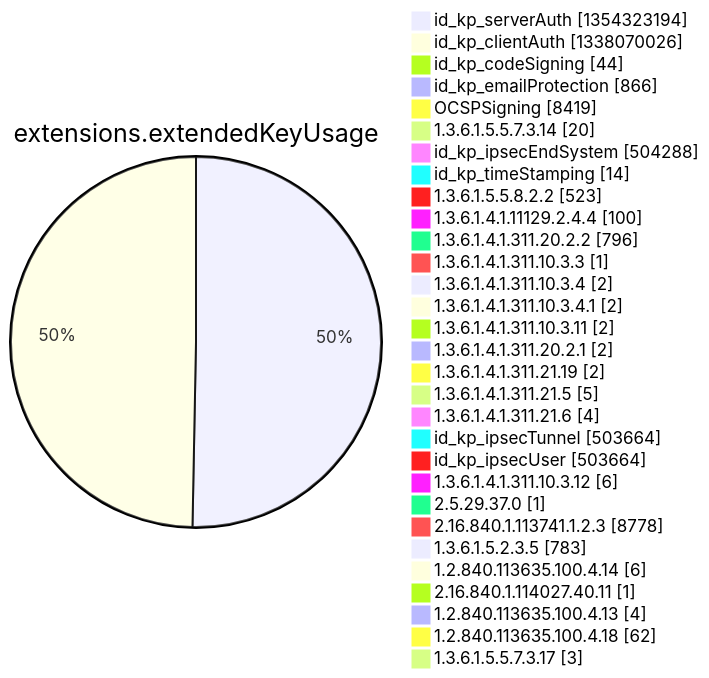
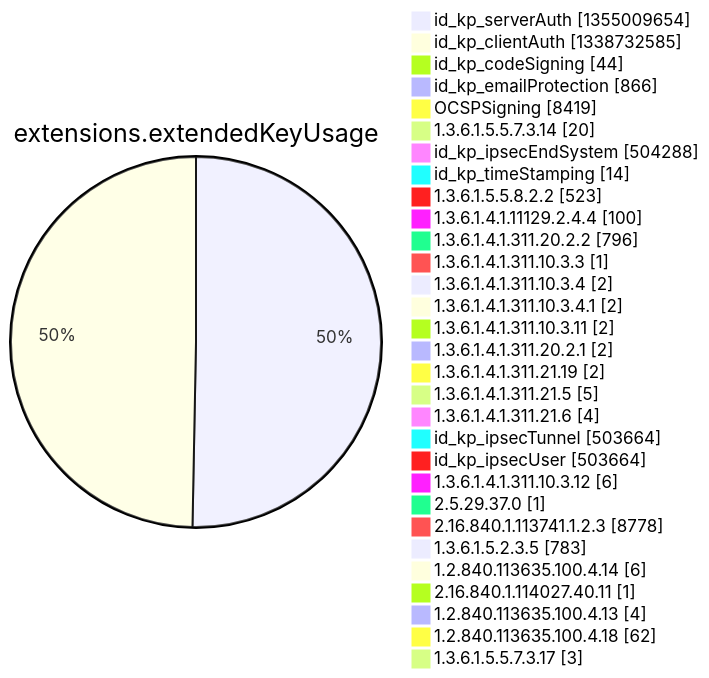
Before and after one commit to christiankrug/ctmonitor_visualization: diagram 12 of 15 in argon2022/README.md, drawn with Mermaid. The commit also changed other lines of this file, not shown here.

````diff
--- a/argon2022/README.md
+++ b/argon2022/README.md
@@ -3553,34 +3553,34 @@
 ```mermaid
 pie showData
 title extensions.extendedKeyUsage
-"id_kp_serverAuth" :1354323194
-"id_kp_clientAuth" :1338070026
+"id_kp_serverAuth" :1355009654
+"id_kp_clientAuth" :1338732585
 "id_kp_codeSigning" :44
 "id_kp_emailProtection" :866
 "OCSPSigning" :8419
 "1.3.6.1.5.5.7.3.14" :20
 "id_kp_ipsecEndSystem" :504288
 "id_kp_timeStamping" :14
 "1.3.6.1.5.5.8.2.2" :523
 "1.3.6.1.4.1.11129.2.4.4" :100
 "1.3.6.1.4.1.311.20.2.2" :796
 "1.3.6.1.4.1.311.10.3.3" :1
 "1.3.6.1.4.1.311.10.3.4" :2
 "1.3.6.1.4.1.311.10.3.4.1" :2
 "1.3.6.1.4.1.311.10.3.11" :2
 "1.3.6.1.4.1.311.20.2.1" :2
 "1.3.6.1.4.1.311.21.19" :2
 "1.3.6.1.4.1.311.21.5" :5
 "1.3.6.1.4.1.311.21.6" :4
 "id_kp_ipsecTunnel" :503664
 "id_kp_ipsecUser" :503664
 "1.3.6.1.4.1.311.10.3.12" :6
 "2.5.29.37.0" :1
 "2.16.840.1.113741.1.2.3" :8778
 "1.3.6.1.5.2.3.5" :783
 "1.2.840.113635.100.4.14" :6
 "2.16.840.1.114027.40.11" :1
 "1.2.840.113635.100.4.13" :4
 "1.2.840.113635.100.4.18" :62
 "1.3.6.1.5.5.7.3.17" :3
 ```
````
